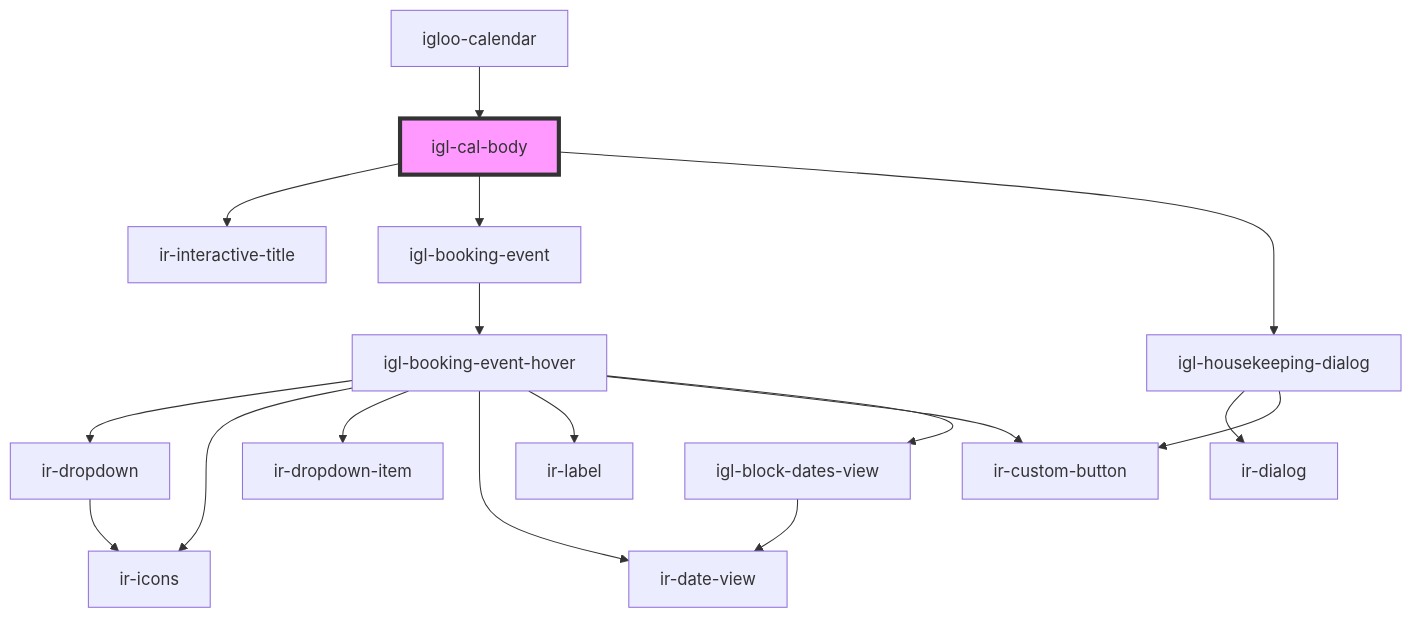
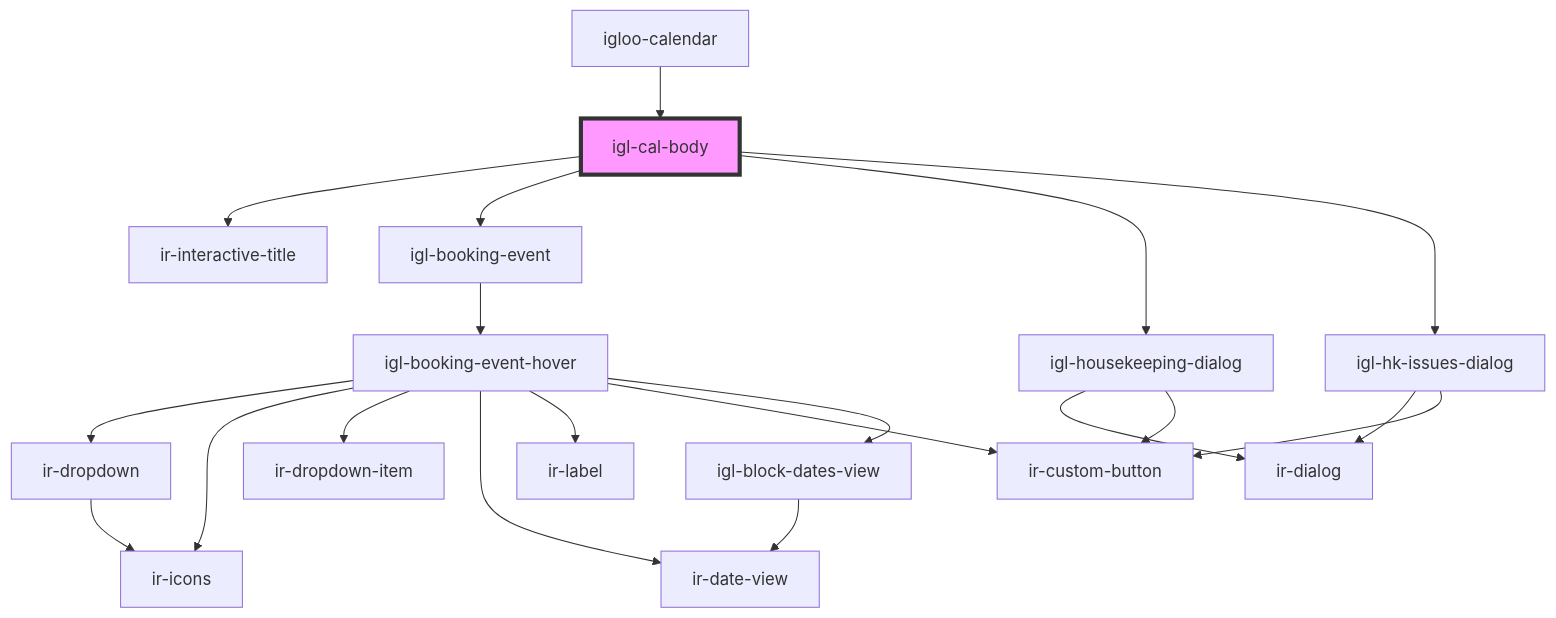
Before and after one commit to RonyRizk/ir-webcmp: the diagram in src/components/igloo-calendar/igl-cal-body/readme.md, drawn with Mermaid. The commit also changed other lines of this file and 88 other files, not shown here.

````diff
--- a/src/components/igloo-calendar/igl-cal-body/readme.md
+++ b/src/components/igloo-calendar/igl-cal-body/readme.md
@@ -44,20 +45,23 @@
 ```mermaid
 graph TD;
   igl-cal-body --> ir-interactive-title
   igl-cal-body --> igl-booking-event
   igl-cal-body --> igl-housekeeping-dialog
+  igl-cal-body --> igl-hk-issues-dialog
   igl-booking-event --> igl-booking-event-hover
   igl-booking-event-hover --> ir-dropdown
   igl-booking-event-hover --> ir-icons
   igl-booking-event-hover --> ir-dropdown-item
   igl-booking-event-hover --> ir-date-view
   igl-booking-event-hover --> ir-label
   igl-booking-event-hover --> ir-custom-button
   igl-booking-event-hover --> igl-block-dates-view
   ir-dropdown --> ir-icons
   igl-block-dates-view --> ir-date-view
   igl-housekeeping-dialog --> ir-dialog
   igl-housekeeping-dialog --> ir-custom-button
+  igl-hk-issues-dialog --> ir-dialog
+  igl-hk-issues-dialog --> ir-custom-button
   igloo-calendar --> igl-cal-body
   style igl-cal-body fill:#f9f,stroke:#333,stroke-width:4px
 ```
````
